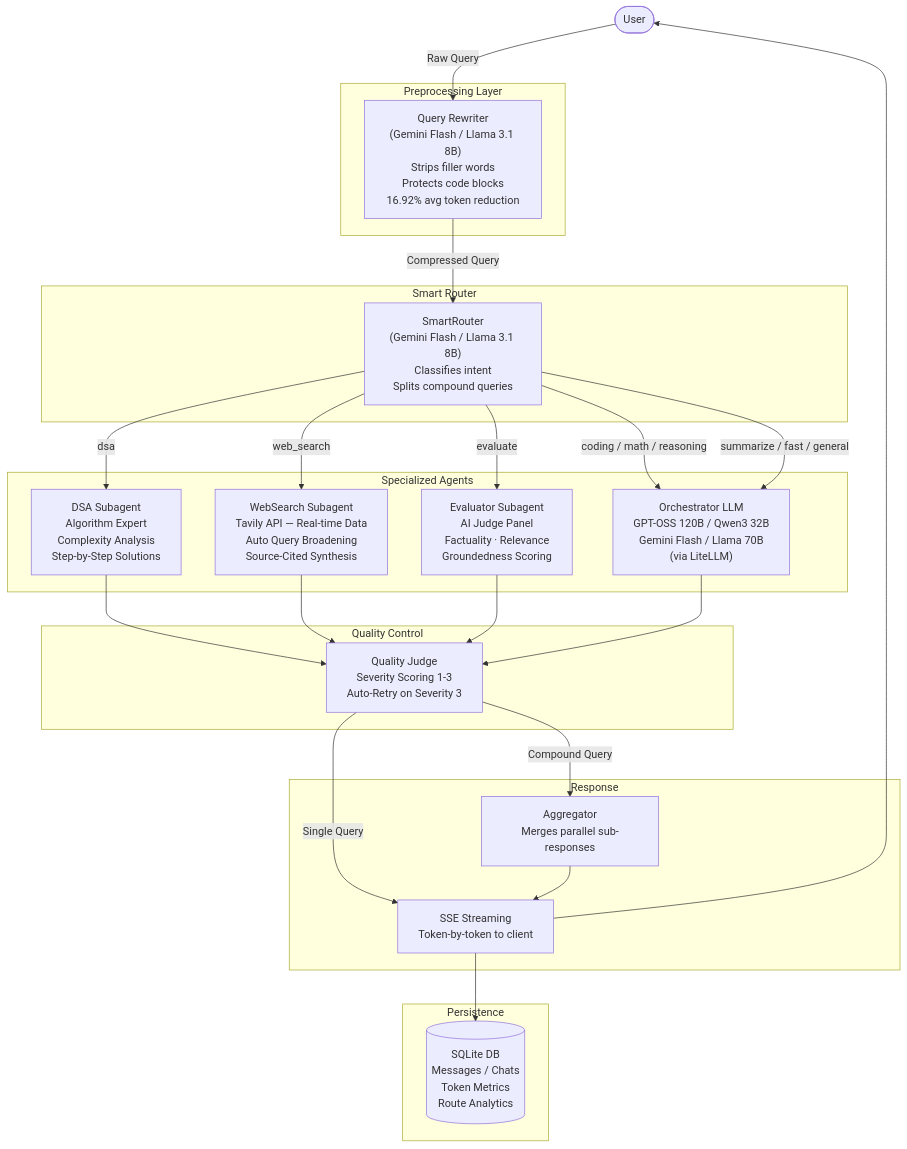
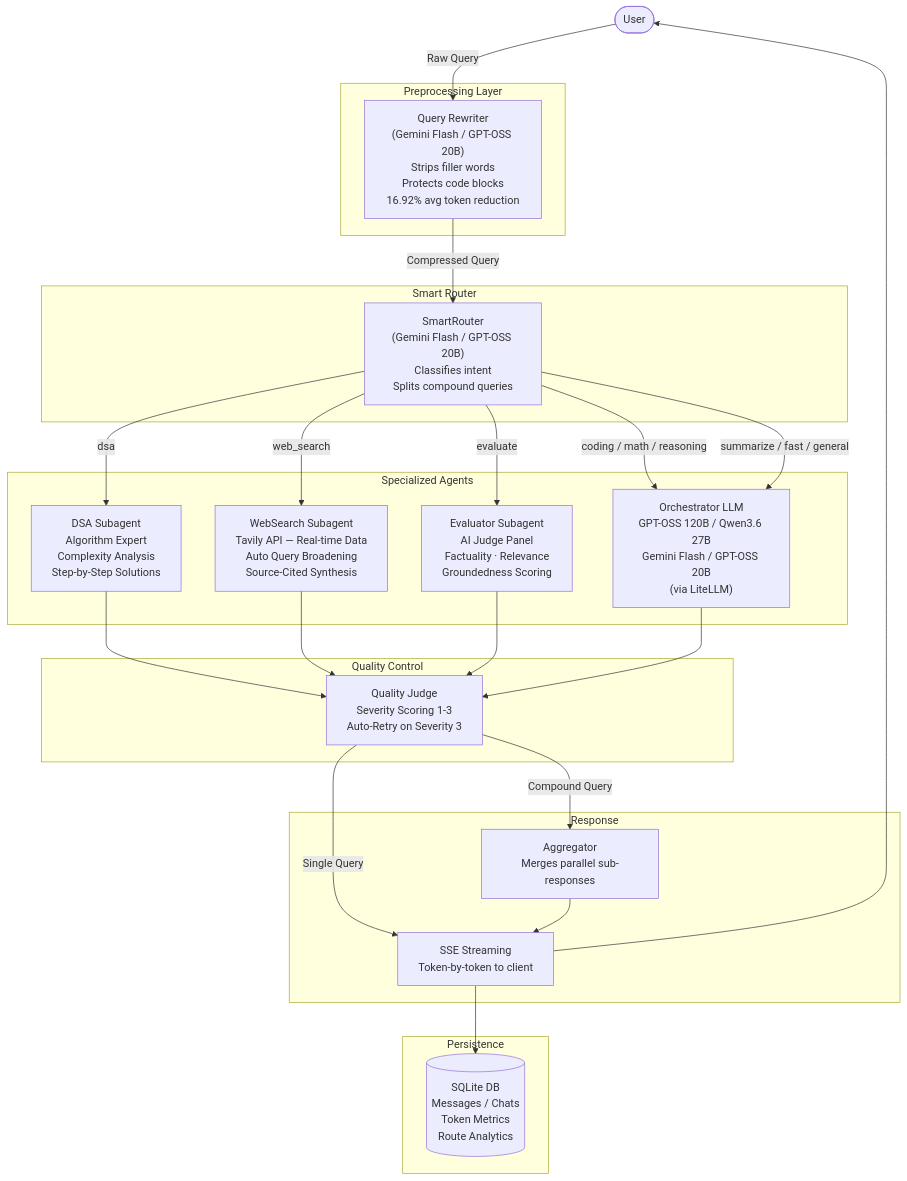
The diagram in README.md (karthik-0306/PrismAI), drawn with Mermaid before and after one commit. The commit also changed other lines of this file and 16 other files, not shown here.

````diff
--- a/README.md
+++ b/README.md
@@ -26,52 +26,52 @@
 ```mermaid
 flowchart TD
     U([User]) -->|Raw Query| RW
 
     subgraph PREPROCESSING["Preprocessing Layer"]
-        RW["Query Rewriter\n(Gemini Flash / Llama 3.1 8B)\nStrips filler words\nProtects code blocks\n16.92% avg token reduction"]
+        RW["Query Rewriter\n(Gemini Flash / GPT-OSS 20B)\nStrips filler words\nProtects code blocks\n16.92% avg token reduction"]
     end
 
     RW -->|Compressed Query| SR
 
     subgraph ROUTING["Smart Router"]
-        SR["SmartRouter\n(Gemini Flash / Llama 3.1 8B)\nClassifies intent\nSplits compound queries"]
+        SR["SmartRouter\n(Gemini Flash / GPT-OSS 20B)\nClassifies intent\nSplits compound queries"]
     end
 
     SR -->|dsa| DSA
     SR -->|web_search| WS
     SR -->|evaluate| EV
     SR -->|coding / math / reasoning| LLM
     SR -->|summarize / fast / general| LLM
 
     subgraph AGENTS["Specialized Agents"]
         DSA["DSA Subagent\nAlgorithm Expert\nComplexity Analysis\nStep-by-Step Solutions"]
         WS["WebSearch Subagent\nTavily API — Real-time Data\nAuto Query Broadening\nSource-Cited Synthesis"]
         EV["Evaluator Subagent\nAI Judge Panel\nFactuality · Relevance\nGroundedness Scoring"]
-        LLM["Orchestrator LLM\nGPT-OSS 120B / Qwen3 32B\nGemini Flash / Llama 70B\n(via LiteLLM)"]
+        LLM["Orchestrator LLM\nGPT-OSS 120B / Qwen3.6 27B\nGemini Flash / GPT-OSS 20B\n(via LiteLLM)"]
     end
 
     DSA --> JD
     WS --> JD
     EV --> JD
     LLM --> JD
 
     subgraph QUALITY["Quality Control"]
         JD["Quality Judge\nSeverity Scoring 1-3\nAuto-Retry on Severity 3"]
     end
 
     JD -->|Compound Query| AGG
     JD -->|Single Query| STREAM
 
     subgraph FINALIZE["Response"]
         AGG["Aggregator\nMerges parallel sub-responses"]
         STREAM["SSE Streaming\nToken-by-token to client"]
     end
 
     AGG --> STREAM
     STREAM --> DB
     STREAM --> U
 
     subgraph PERSIST["Persistence"]
         DB[("SQLite DB\nMessages / Chats\nToken Metrics\nRoute Analytics")]
     end
 ```
````
